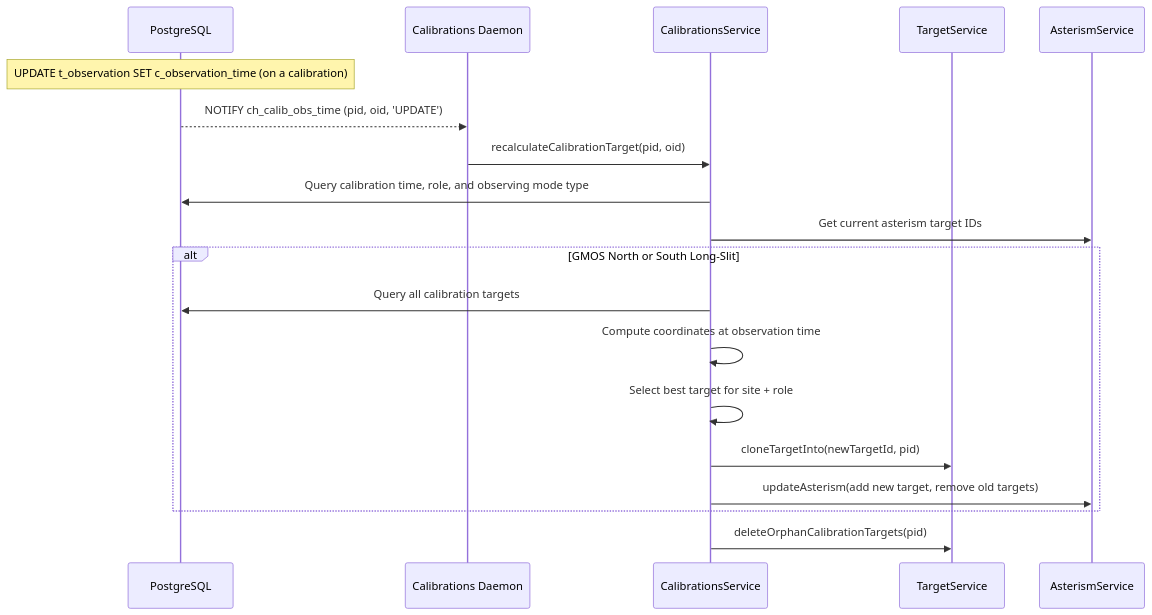
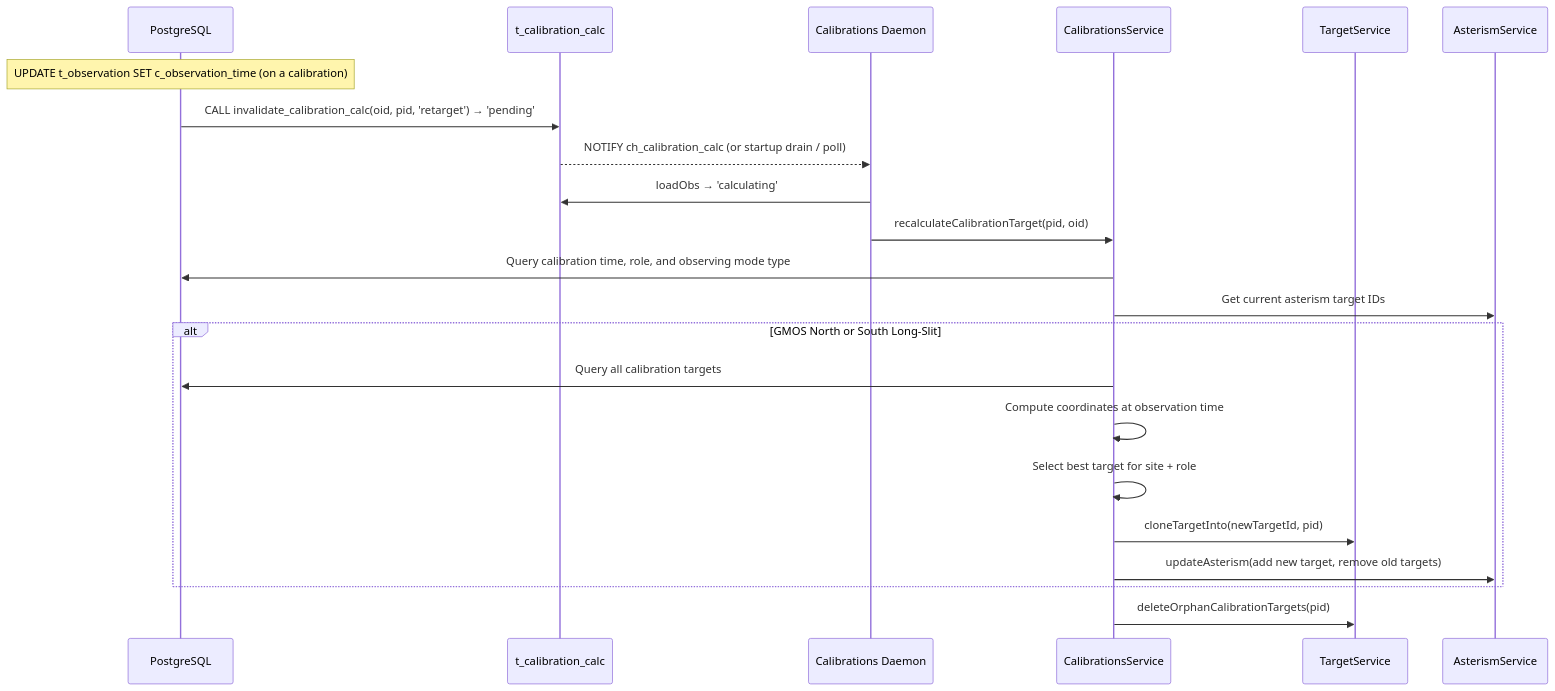
The tenth of 10 diagrams in modules/calibrations/calibration-generation-flow.md (gemini-hlsw/lucuma-odb), drawn with Mermaid before and after one commit. The commit also changed other lines of this file and 12 other files, not shown here.

Commit message:
Run calibration-target lookups durable via the calibration calc queue

````diff
--- a/modules/calibrations/calibration-generation-flow.md
+++ b/modules/calibrations/calibration-generation-flow.md
@@ -341,25 +352,28 @@
 ```mermaid
 sequenceDiagram
     participant DB as PostgreSQL
+    participant Queue as t_calibration_calc
     participant Daemon as Calibrations Daemon
     participant Service as CalibrationsService
     participant Target as TargetService
     participant Asterism as AsterismService
 
     Note over DB: UPDATE t_observation SET c_observation_time (on a calibration)
-    DB-->>Daemon: NOTIFY ch_calib_obs_time (pid, oid, 'UPDATE')
+    DB->>Queue: CALL invalidate_calibration_calc(oid, pid, 'retarget') → 'pending'
+    Queue-->>Daemon: NOTIFY ch_calibration_calc (or startup drain / poll)
+    Daemon->>Queue: loadObs → 'calculating'
     Daemon->>Service: recalculateCalibrationTarget(pid, oid)
 
     Service->>DB: Query calibration time, role, and observing mode type
     Service->>Asterism: Get current asterism target IDs
 
     alt GMOS North or South Long-Slit
         Service->>DB: Query all calibration targets
         Service->>Service: Compute coordinates at observation time
         Service->>Service: Select best target for site + role
         Service->>Target: cloneTargetInto(newTargetId, pid)
         Service->>Asterism: updateAsterism(add new target, remove old targets)
     end
 
     Service->>Target: deleteOrphanCalibrationTargets(pid)
 ```
````
